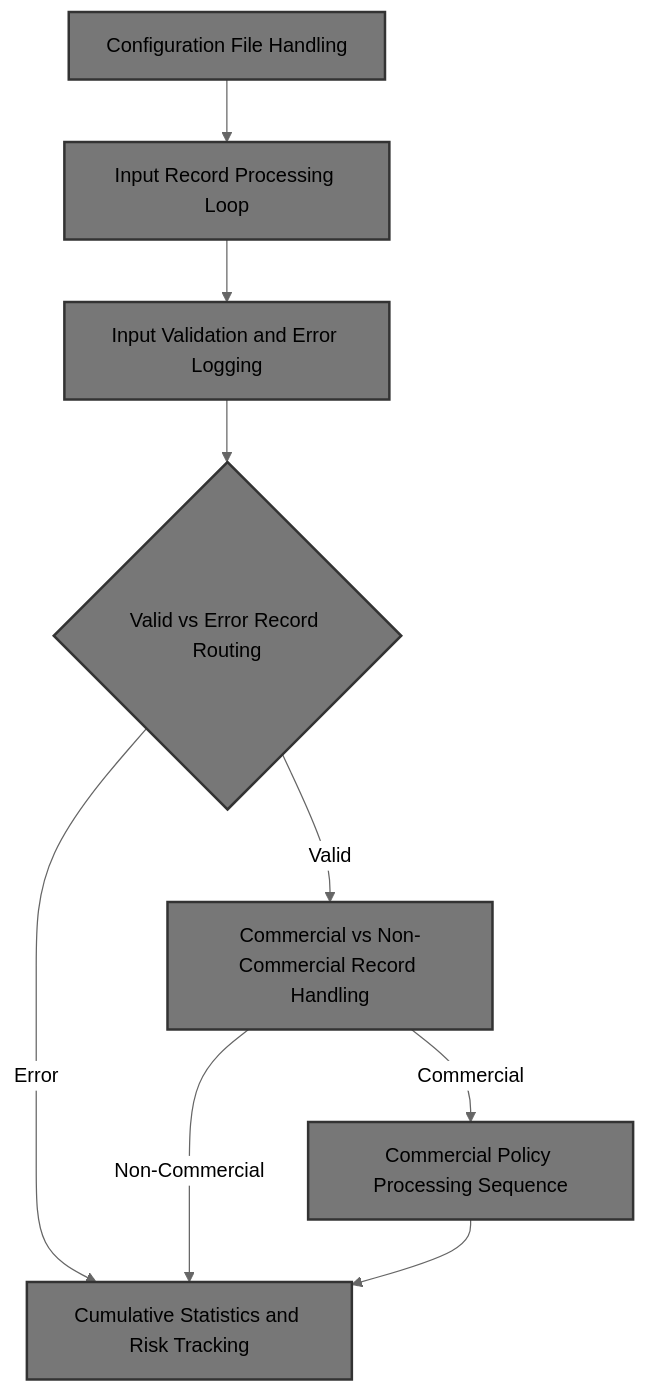
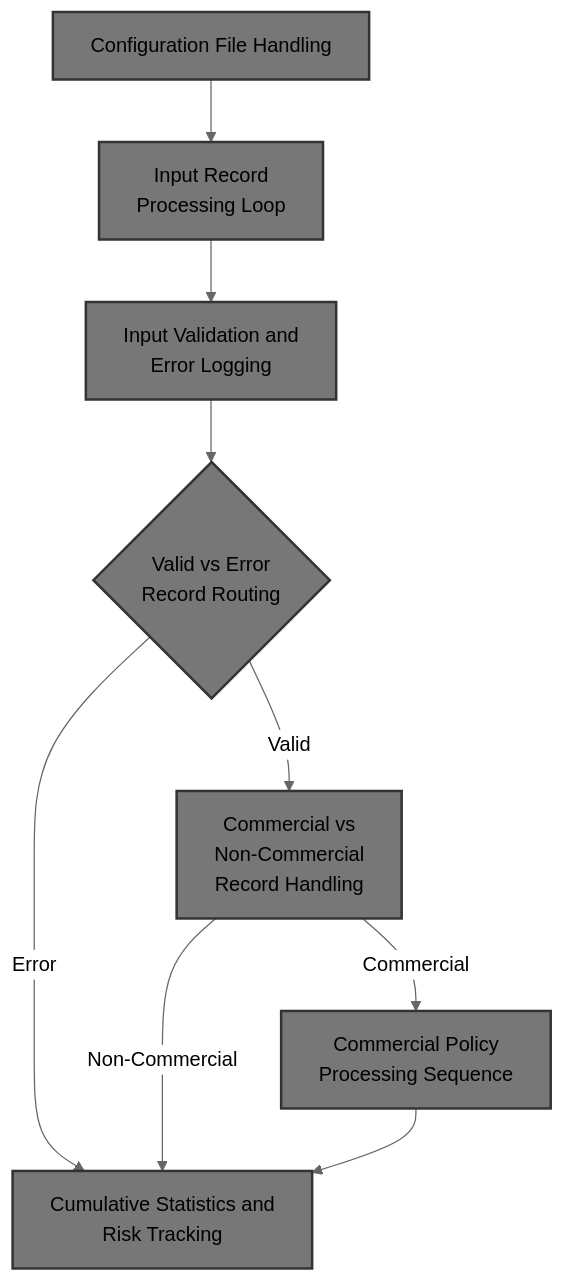
The first of 14 diagrams in .swm/insurance-policy-processing-and-premium-calculation.t96is.sw.md (Swimm-Demo/kyndryl-cics-genapp), drawn with Mermaid (neutral theme) before and after one commit. The commit also changed other lines of this file, not shown here.

````diff
--- a/.swm/insurance-policy-processing-and-premium-calculation.t96is.sw.md
+++ b/.swm/insurance-policy-processing-and-premium-calculation.t96is.sw.md
@@ -8,20 +8,29 @@
 ```mermaid
 flowchart TD
-    node1["Configuration File Handling"] --> node2["Input Record Processing Loop"]
+    node1["Configuration File Handling"] --> node2["Input Record
+ Processing Loop"]
     click node1 goToHeading "Configuration File Handling"
-    click node2 goToHeading "Input Record Processing Loop"
-    node2 --> node3["Input Validation and Error Logging"]
+    click node2 goToHeading "Input Record 
+Processing Loop"
+    node2 --> node3["Input Validation and
+ Error Logging"]
     click node3 goToHeading "Input Validation and Error Logging"
-    node3 --> node4{"Valid vs Error Record Routing"}
+    node3 --> node4{"Valid vs Error
+ Record Routing"}
     click node4 goToHeading "Valid vs Error Record Routing"
-    node4 -->|"Valid"| node5["Commercial vs Non-Commercial Record Handling"]
-    node4 -->|"Error"| node6["Cumulative Statistics and Risk Tracking"]
+    node4 -->|"Valid"| node5["Commercial vs 
+Non-Commercial 
+Record Handling"]
+    node4 -->|"Error"| node6["Cumulative Statistics and 
+Risk Tracking"]
     click node5 goToHeading "Commercial vs Non-Commercial Record Handling"
-    click node6 goToHeading "Cumulative Statistics and Risk Tracking"
-    node5 -->|"Commercial"| node7["Commercial Policy Processing Sequence"]
+    click node6 goToHeading "Cumulative Statistics and 
+Risk Tracking"
+    node5 -->|"Commercial"| node7["Commercial Policy 
+Processing Sequence"]
     node5 -->|"Non-Commercial"| node6
     click node7 goToHeading "Commercial Policy Processing Sequence"
     node7 --> node6
 
 classDef default fill:#777777,stroke:#333,stroke-width:2px;
 ```
````
